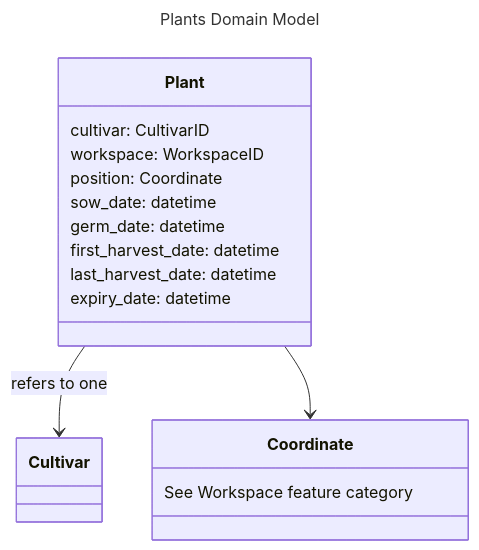
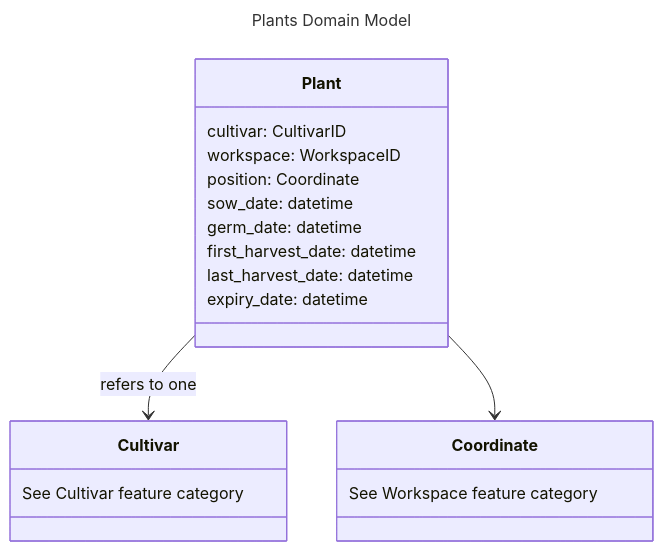
One commit to VerdanTech/Vdt-Webapp changed the diagram in outline/plants/models.md. Above: the diagram before and after it, drawn with Mermaid. The commit also changed 16 other files, not shown here.

````diff
--- a/outline/plants/models.md
+++ b/outline/plants/models.md
@@ -3,24 +3,27 @@
 ```mermaid
 ---
 title: Plants Domain Model
 ---
 classDiagram
 
     Plant --> Cultivar : refers to one
     Plant --> Coordinate
 
     class Plant{
         cultivar: CultivarID
         workspace: WorkspaceID
         position: Coordinate
         sow_date: datetime
         germ_date: datetime
         first_harvest_date: datetime
         last_harvest_date: datetime
         expiry_date: datetime
     }
+    class Cultivar{
+        See Cultivar feature category
+    }
     class Coordinate{
         See Workspace feature category
     }
 
 ```
````
